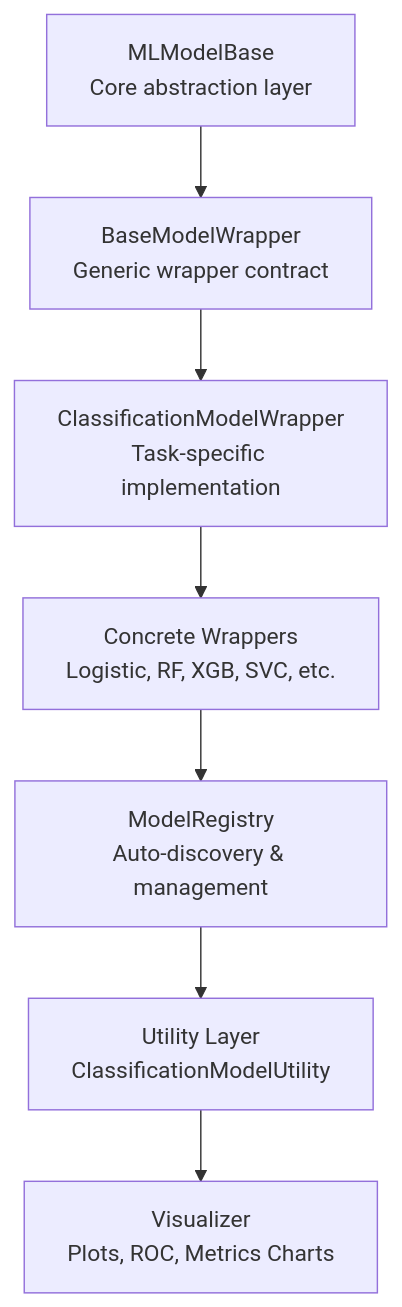
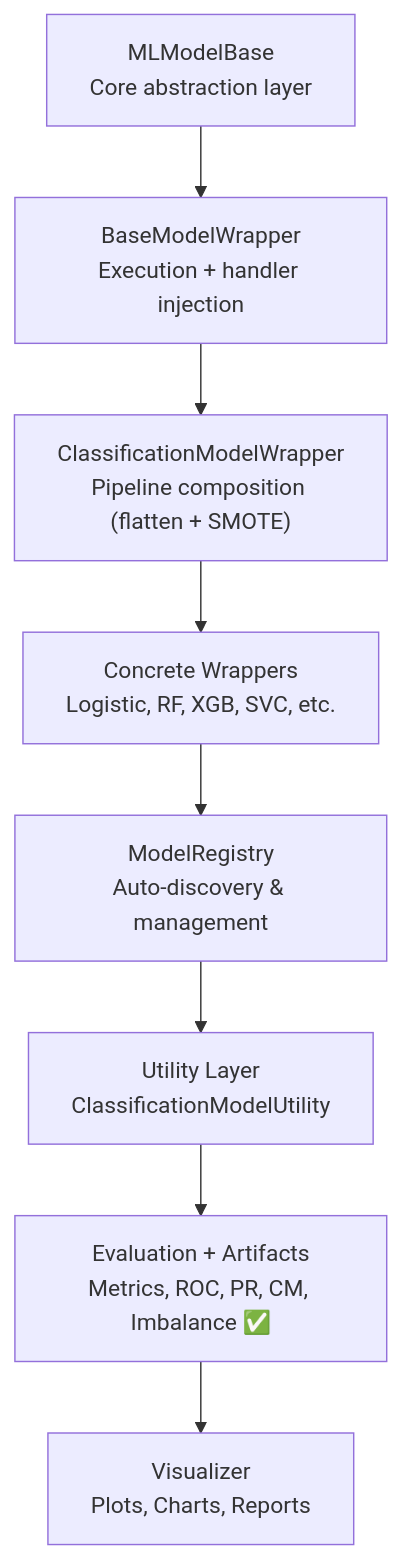
Before and after one commit to abhinavssingh/python-learnings: the first of 6 diagrams in lib/utility/machinelearning/README.md, drawn with Mermaid. The commit also changed other lines of this file and 15 other files, not shown here.

````diff
--- a/lib/utility/machinelearning/README.md
+++ b/lib/utility/machinelearning/README.md
@@ -24,15 +24,17 @@
 ```mermaid
 flowchart TD
 
-    A["MLModelBase<br/>Core abstraction layer"] --> B["BaseModelWrapper<br/>Generic wrapper contract"]
+    A["MLModelBase<br/>Core abstraction layer"] --> B["BaseModelWrapper<br/>Execution + handler injection"]
 
-    B --> C["ClassificationModelWrapper<br/>Task-specific implementation"]
+    B --> C["ClassificationModelWrapper<br/>Pipeline composition (flatten + SMOTE)"]
 
     C --> D["Concrete Wrappers<br/>Logistic, RF, XGB, SVC, etc."]
 
     D --> E["ModelRegistry<br/>Auto-discovery & management"]
 
     E --> F["Utility Layer<br/>ClassificationModelUtility"]
 
-    F --> G["Visualizer<br/>Plots, ROC, Metrics Charts"]
+    F --> G["Evaluation + Artifacts<br/>Metrics, ROC, PR, CM, Imbalance ✅"]
+
+    G --> H["Visualizer<br/>Plots, Charts, Reports"]
 ```
````
